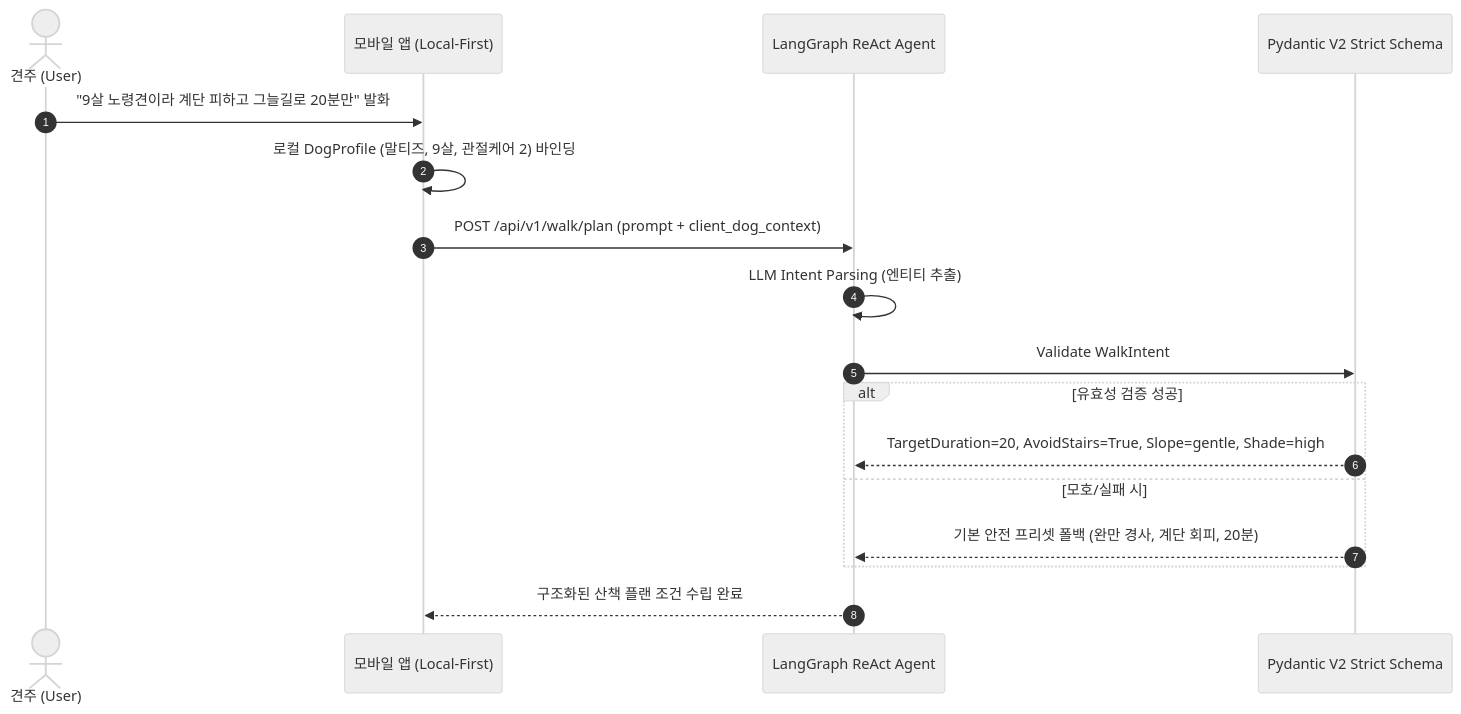
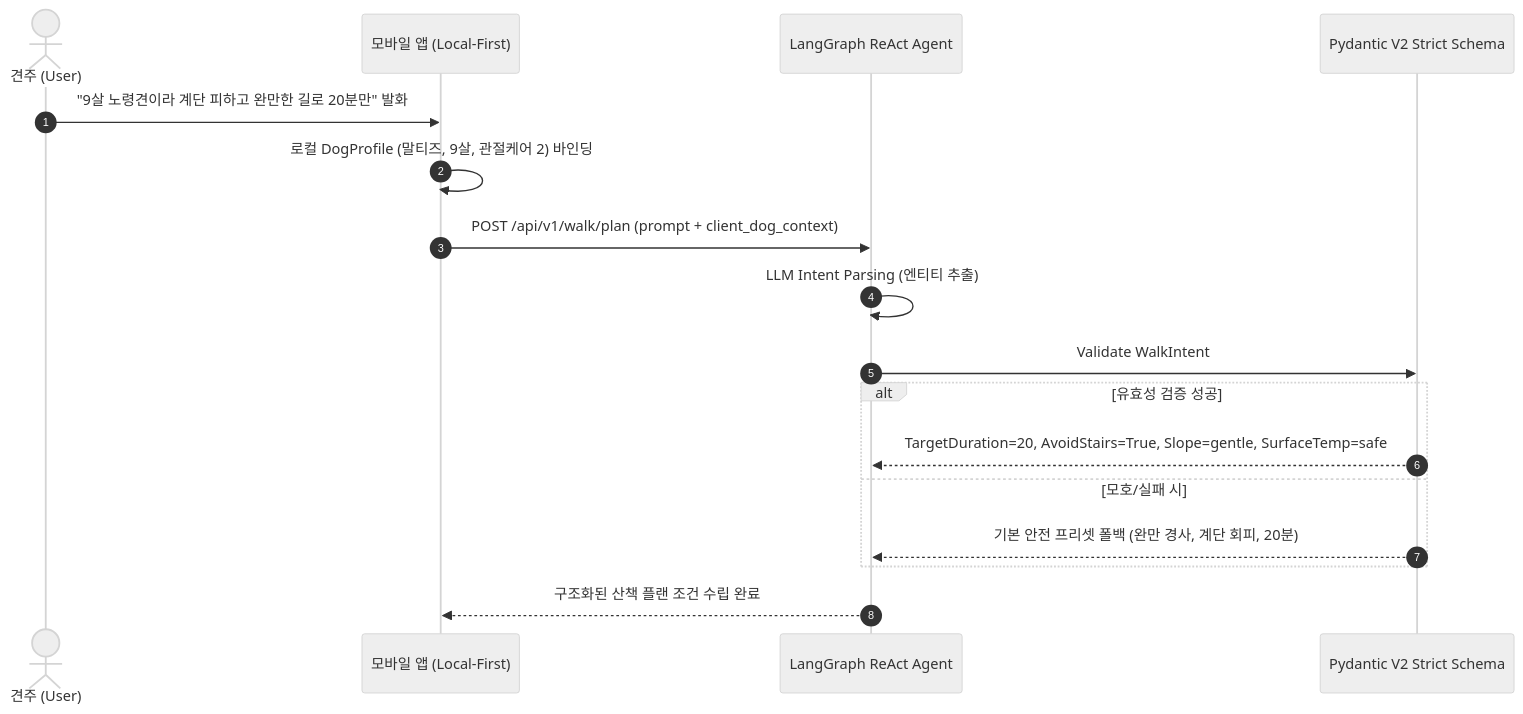
Before and after one commit to haru2014/pet_walk_t01: the second of 5 diagrams in docs/04_ai_problem_definition.md, drawn with Mermaid (neutral theme). The commit also changed other lines of this file and 22 other files, not shown here.

````diff
--- a/docs/04_ai_problem_definition.md
+++ b/docs/04_ai_problem_definition.md
@@ -66,20 +66,20 @@
 ```mermaid
 sequenceDiagram
     autonumber
     actor 견주 as 견주 (User)
     participant Client as 모바일 앱 (Local-First)
     participant Agent as LangGraph ReAct Agent
     participant Schema as Pydantic V2 Strict Schema
 
-    견주->>Client: "9살 노령견이라 계단 피하고 그늘길로 20분만" 발화
+    견주->>Client: "9살 노령견이라 계단 피하고 완만한 길로 20분만" 발화
     Client->>Client: 로컬 DogProfile (말티즈, 9살, 관절케어 2) 바인딩
     Client->>Agent: POST /api/v1/walk/plan (prompt + client_dog_context)
     Agent->>Agent: LLM Intent Parsing (엔티티 추출)
     Agent->>Schema: Validate WalkIntent
     alt 유효성 검증 성공
-        Schema-->>Agent: TargetDuration=20, AvoidStairs=True, Slope=gentle, Shade=high
+        Schema-->>Agent: TargetDuration=20, AvoidStairs=True, Slope=gentle, SurfaceTemp=safe
     else 모호/실패 시
         Schema-->>Agent: 기본 안전 프리셋 폴백 (완만 경사, 계단 회피, 20분)
     end
     Agent-->>Client: 구조화된 산책 플랜 조건 수립 완료
 ```
````
